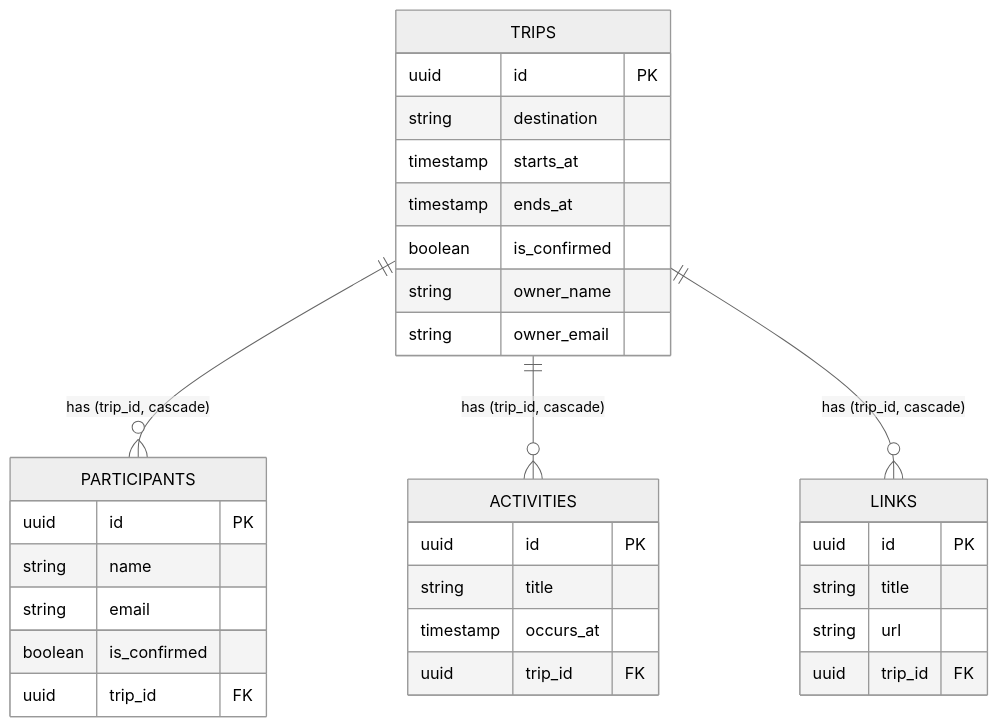
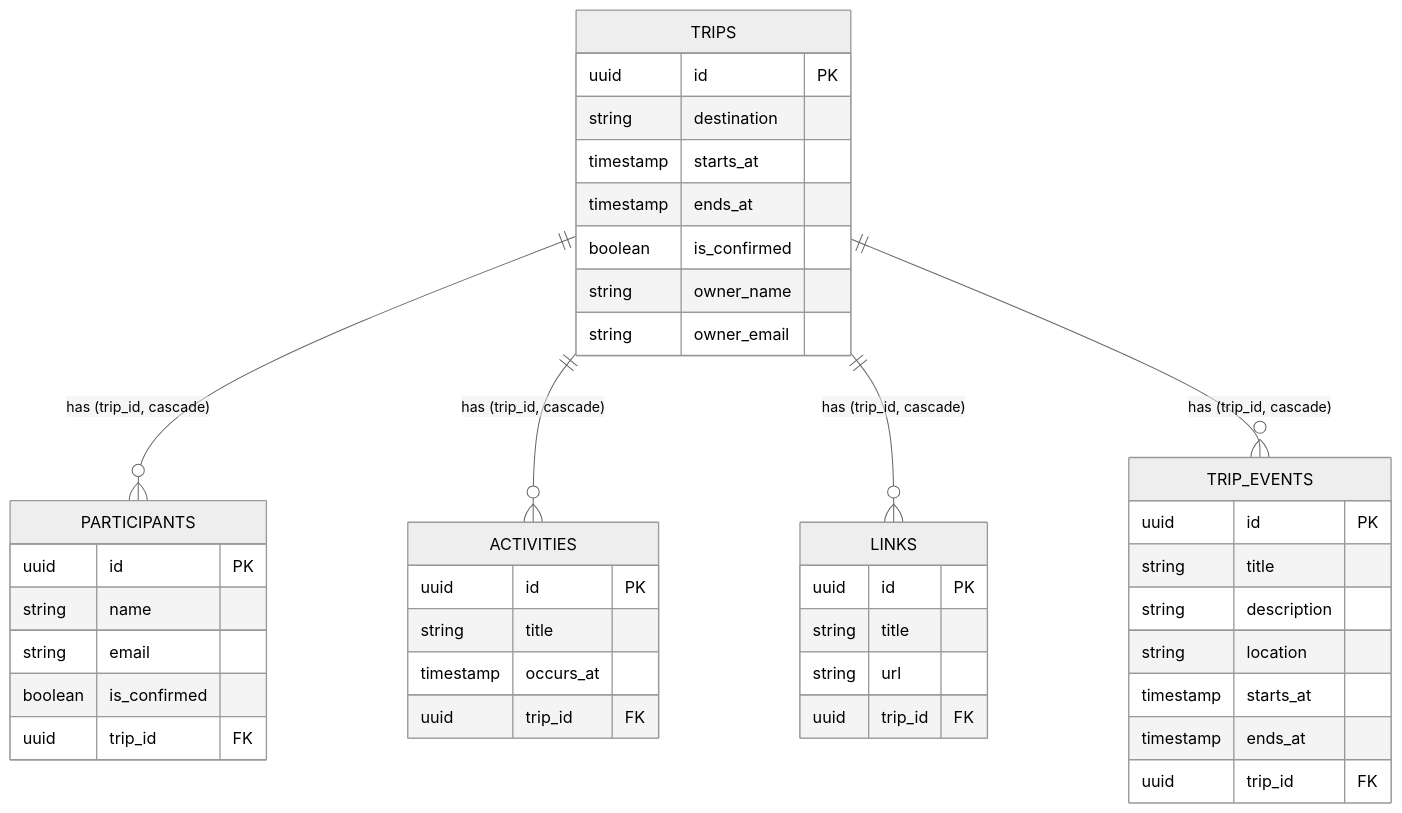
One commit to Andersonlimahw/java-journey-muse-lab changed the third of 3 diagrams in docs/architecture.md. Above: the diagram before and after it, drawn with Mermaid (neutral theme). The commit also changed other lines of this file and 14 other files, not shown here.

First line of the commit message:
feat: TripEvents slice with full CRUD (/trips/{id}/events)

````diff
--- a/docs/architecture.md
+++ b/docs/architecture.md
@@ -44,34 +47,44 @@
 ```mermaid
 erDiagram
     TRIPS ||--o{ PARTICIPANTS : "has (trip_id, cascade)"
     TRIPS ||--o{ ACTIVITIES : "has (trip_id, cascade)"
     TRIPS ||--o{ LINKS : "has (trip_id, cascade)"
+    TRIPS ||--o{ TRIP_EVENTS : "has (trip_id, cascade)"
     TRIPS {
         uuid id PK
         string destination
         timestamp starts_at
         timestamp ends_at
         boolean is_confirmed
         string owner_name
         string owner_email
     }
     PARTICIPANTS {
         uuid id PK
         string name
         string email
         boolean is_confirmed
         uuid trip_id FK
     }
     ACTIVITIES {
         uuid id PK
         string title
         timestamp occurs_at
         uuid trip_id FK
     }
     LINKS {
         uuid id PK
         string title
         string url
         uuid trip_id FK
     }
+    TRIP_EVENTS {
+        uuid id PK
+        string title
+        string description
+        string location
+        timestamp starts_at
+        timestamp ends_at
+        uuid trip_id FK
+    }
 ```
````
